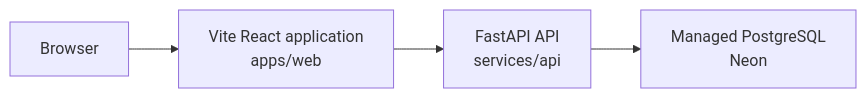
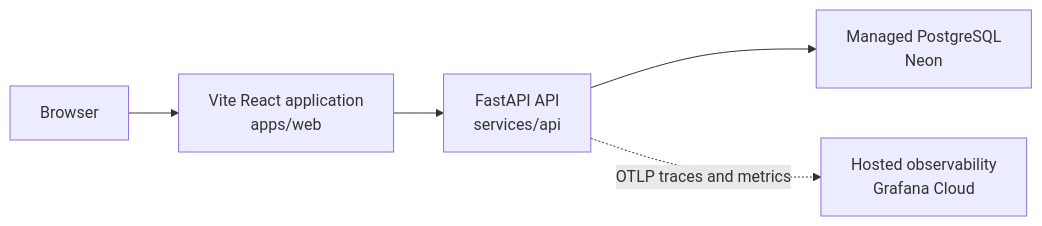
The diagram in docs/ARCHITECTURE.md (banalasaisathwik/promptql), drawn with Mermaid before and after one commit. The commit also changed other lines of this file and 25 other files, not shown here.

Commit message:
feat(observability): add OpenTelemetry tracing and metrics

````diff
--- a/docs/ARCHITECTURE.md
+++ b/docs/ARCHITECTURE.md
@@ -5,6 +5,7 @@
 ```mermaid
 flowchart LR
     Browser --> Web["Vite React application<br/>apps/web"]
     Web --> API["FastAPI API<br/>services/api"]
     API --> PostgreSQL["Managed PostgreSQL<br/>Neon"]
+    API -. "OTLP traces and metrics" .-> Observability["Hosted observability<br/>Grafana Cloud"]
 ```
````
